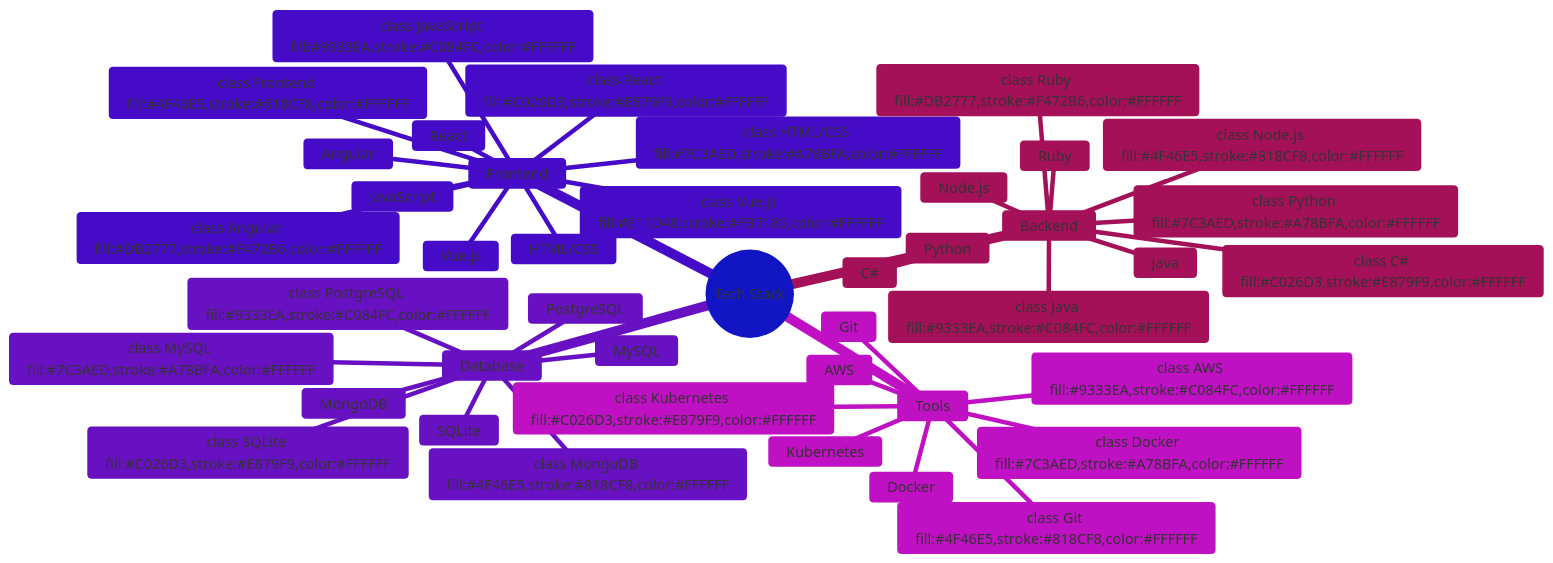
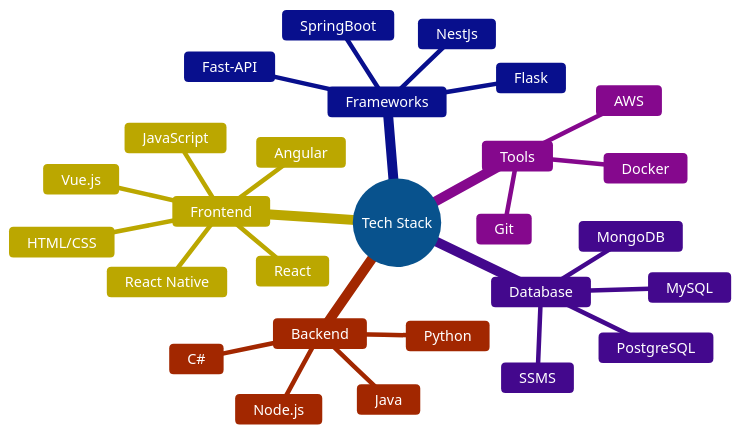
One commit to udithanayanajith/udithanayanajith changed the first of 3 diagrams in README.md. Above: the diagram before and after it, drawn with Mermaid.

````diff
--- a/README.md
+++ b/README.md
@@ -12,62 +12,46 @@
 ```mermaid
 %%{init: {'theme': 'base', 'themeVariables': { 
-  'fontSize': '16px',
-  'primaryColor': '#6366F1',
-  'secondaryColor': '#8B5CF6',
-  'tertiaryColor': '#EC4899',
-  'mainBkg': '#1F2937',
-  'nodeBkg': '#374151',
-  'nodeTextColor': '#F3F4F6',
-  'border1': '#6366F1',
-  'border2': '#8B5CF6',
-  'arrow1': '#6366F1',
-  'arrow2': '#8B5CF6',
-  'clusterBkg': '#1F2937',
-  'clusterBorder': '#6366F1',
-  'edgeLabelBackground': '#1F2937',
-  'textColor': '#F3F4F6'
+  'fontSize': '16px', 
+  'primaryColor': '#2196F3', 
+  'secondaryColor': '#FFEB3B', 
+  'tertiaryColor': '#FF5722', 
+  'edgeLabelBackground': '#ffffff', 
+  'primaryTextColor': '#FFFFFF', 
+  'secondaryTextColor': '#000000', 
+  'tertiaryTextColor': '#FFFFFF', 
+  'nodeBorder': '2px solid #FFEB3B', 
+  'nodeTextColor': '#FFFFFF', 
+  'linkColor': '#4CAF50',
+  'backgroundColor': '#F5F5F5'
 }}}%%
 mindmap
   root((Tech Stack))
     Frontend
-      class Frontend fill:#4F46E5,stroke:#818CF8,color:#FFFFFF
       HTML/CSS
-      class HTML/CSS fill:#7C3AED,stroke:#A78BFA,color:#FFFFFF
       JavaScript
-      class JavaScript fill:#9333EA,stroke:#C084FC,color:#FFFFFF
       React
-      class React fill:#C026D3,stroke:#E879F9,color:#FFFFFF
       Angular
-      class Angular fill:#DB2777,stroke:#F472B6,color:#FFFFFF
       Vue.js
-      class Vue.js fill:#E11D48,stroke:#FB7185,color:#FFFFFF
+      React Native
     Backend
       Node.js
-      class Node.js fill:#4F46E5,stroke:#818CF8,color:#FFFFFF
       Python
-      class Python fill:#7C3AED,stroke:#A78BFA,color:#FFFFFF
       Java
-      class Java fill:#9333EA,stroke:#C084FC,color:#FFFFFF
       C#
-      class C# fill:#C026D3,stroke:#E879F9,color:#FFFFFF
-      Ruby
-      class Ruby fill:#DB2777,stroke:#F472B6,color:#FFFFFF
+    Frameworks
+     NestJs
+     SpringBoot
+     Flask
+     Fast-API
+     
     Database
       MongoDB
-      class MongoDB fill:#4F46E5,stroke:#818CF8,color:#FFFFFF
+      SSMS
       MySQL
-      class MySQL fill:#7C3AED,stroke:#A78BFA,color:#FFFFFF
       PostgreSQL
-      class PostgreSQL fill:#9333EA,stroke:#C084FC,color:#FFFFFF
-      SQLite
-      class SQLite fill:#C026D3,stroke:#E879F9,color:#FFFFFF
     Tools
       Git
-      class Git fill:#4F46E5,stroke:#818CF8,color:#FFFFFF
       Docker
-      class Docker fill:#7C3AED,stroke:#A78BFA,color:#FFFFFF
       AWS
-      class AWS fill:#9333EA,stroke:#C084FC,color:#FFFFFF
-      Kubernetes
-      class Kubernetes fill:#C026D3,stroke:#E879F9,color:#FFFFFF
+   
 ```
````
